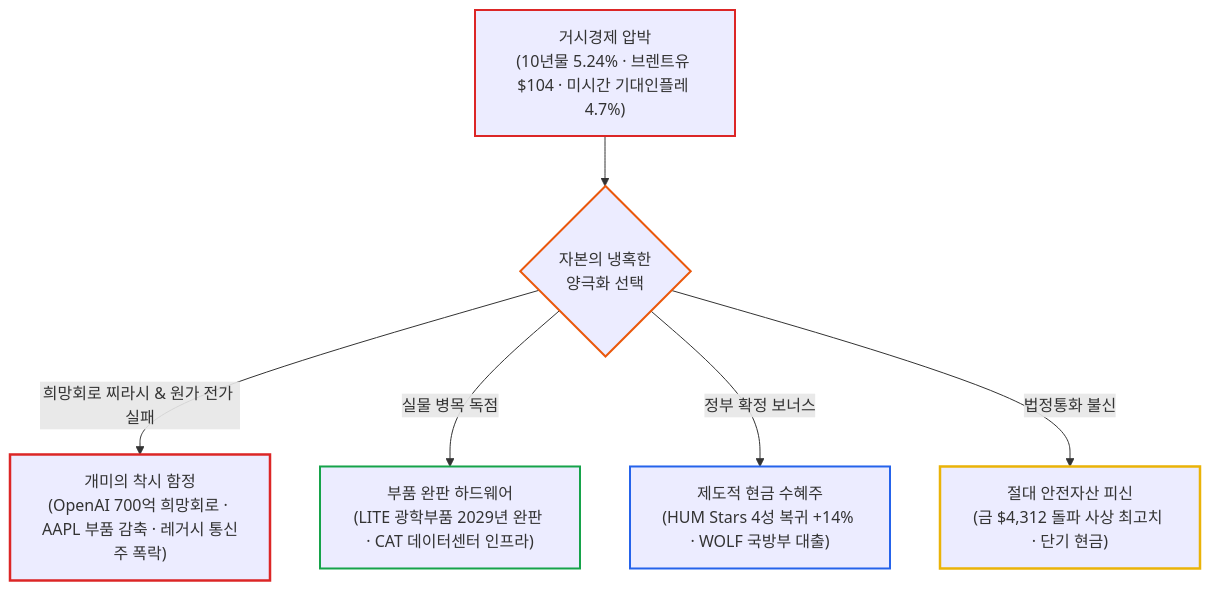
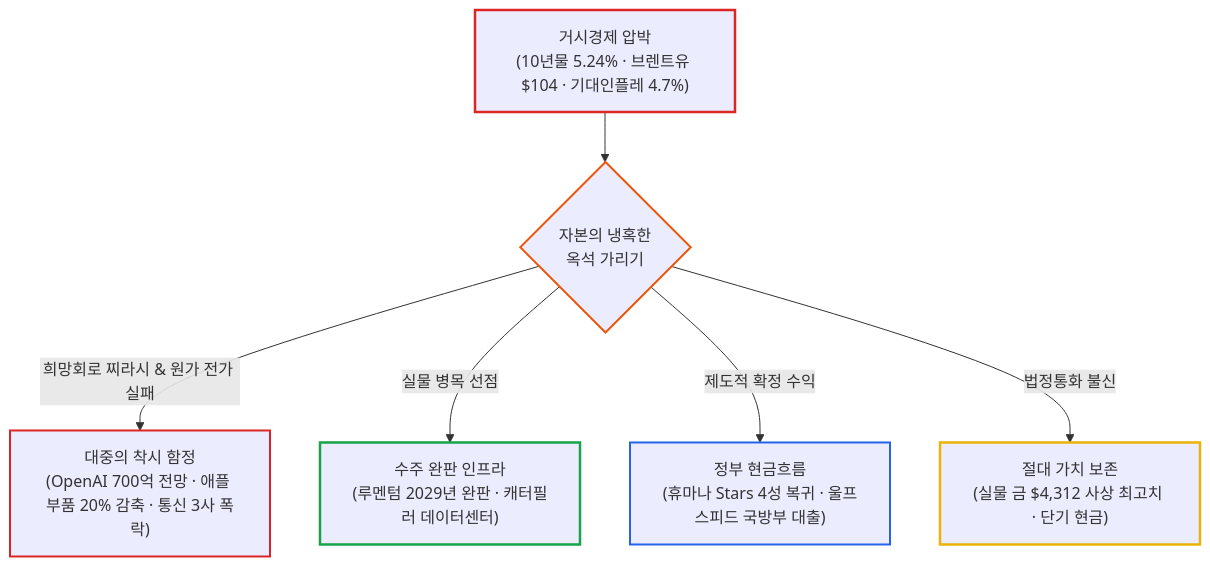
The diagram in docs/news/2026/10/09.md (ju-sic/ju-sic.github.io), drawn with Mermaid before and after one commit. The commit also changed other lines of this file, not shown here.

````diff
--- a/docs/news/2026/10/09.md
+++ b/docs/news/2026/10/09.md
@@ -74,15 +32,15 @@
 ```mermaid
 flowchart TD
-    MacroSqueeze["거시경제 압박<br>(10년물 5.24% · 브렌트유 $104 · 미시간 기대인플레 4.7%)"] --> Divergence{"자본의 냉혹한<br>양극화 선택"}
-    Divergence -->|희망회로 찌라시 & 원가 전가 실패| Trap["개미의 착시 함정<br>(OpenAI 700억 희망회로 · AAPL 부품 감축 · 레거시 통신주 폭락)"]
-    Divergence -->|실물 병목 독점| Bottleneck["부품 완판 하드웨어<br>(LITE 광학부품 2029년 완판 · CAT 데이터센터 인프라)"]
-    Divergence -->|정부 확정 보너스| Government["제도적 현금 수혜주<br>(HUM Stars 4성 복귀 +14% · WOLF 국방부 대출)"]
-    Divergence -->|법정통화 불신| SafeHaven["절대 안전자산 피신<br>(금 $4,312 돌파 사상 최고치 · 단기 현금)"]
+    MacroSqueeze["거시경제 압박<br>(10년물 5.24% · 브렌트유 $104 · 기대인플레 4.7%)"] --> MarketDivide{"자본의 냉혹한<br>옥석 가리기"}
+    MarketDivide -->|희망회로 찌라시 & 원가 전가 실패| Trap["대중의 착시 함정<br>(OpenAI 700억 전망 · 애플 부품 20% 감축 · 통신 3사 폭락)"]
+    MarketDivide -->|실물 병목 선점| RealBottleneck["수주 완판 인프라<br>(루멘텀 2029년 완판 · 캐터필러 데이터센터)"]
+    MarketDivide -->|제도적 확정 수익| SafeCash["정부 현금흐름<br>(휴마나 Stars 4성 복귀 · 울프스피드 국방부 대출)"]
+    MarketDivide -->|법정통화 불신| HardAsset["절대 가치 보존<br>(실물 금 $4,312 사상 최고치 · 단기 현금)"]
 
-    style MacroSqueeze stroke:#dc2626,stroke-width:2px
-    style Divergence stroke:#ea580c,stroke-width:2px
-    style Trap stroke:#dc2626,stroke-width:2.5px
-    style Bottleneck stroke:#16a34a,stroke-width:2px
-    style Government stroke:#2563eb,stroke-width:2px
-    style SafeHaven stroke:#eab308,stroke-width:2.5px
+    style MacroSqueeze stroke:#dc2626,stroke-width:2.5px
+    style MarketDivide stroke:#ea580c,stroke-width:2px
+    style Trap stroke:#dc2626,stroke-width:2px
+    style RealBottleneck stroke:#16a34a,stroke-width:2.5px
+    style SafeCash stroke:#2563eb,stroke-width:2px
+    style HardAsset stroke:#eab308,stroke-width:2.5px
 ```
````
